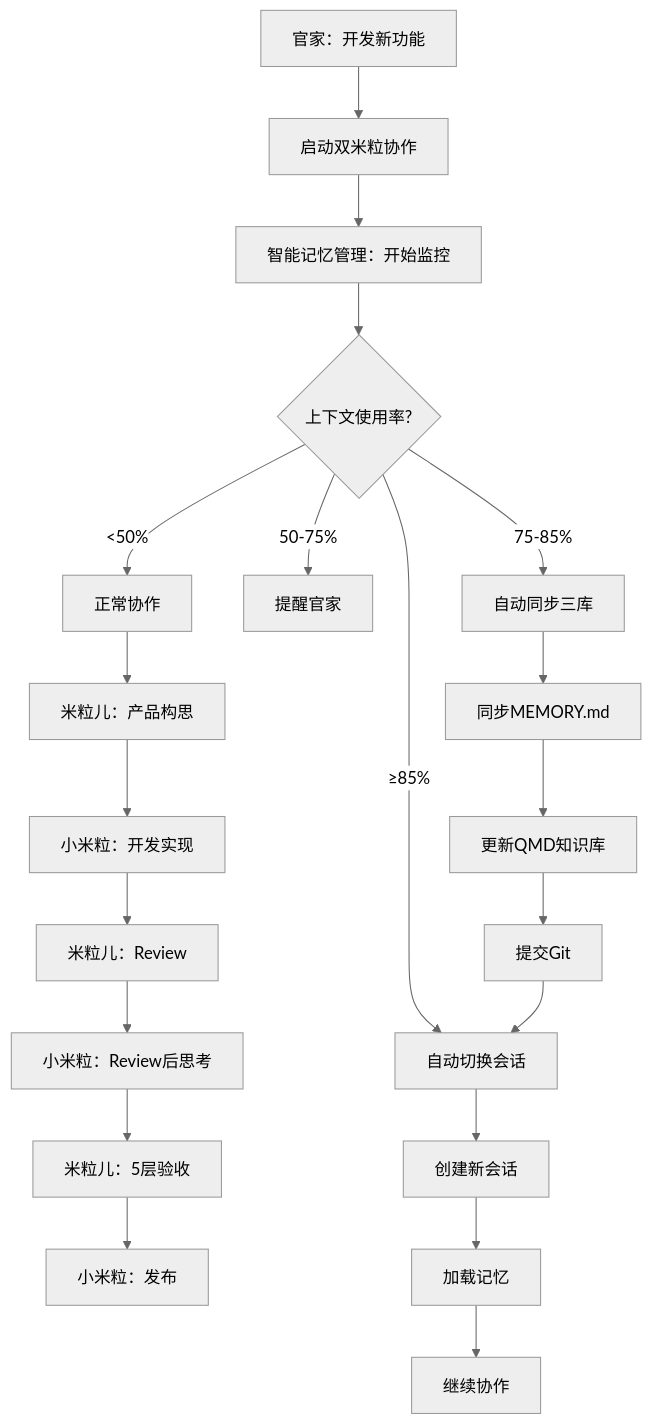
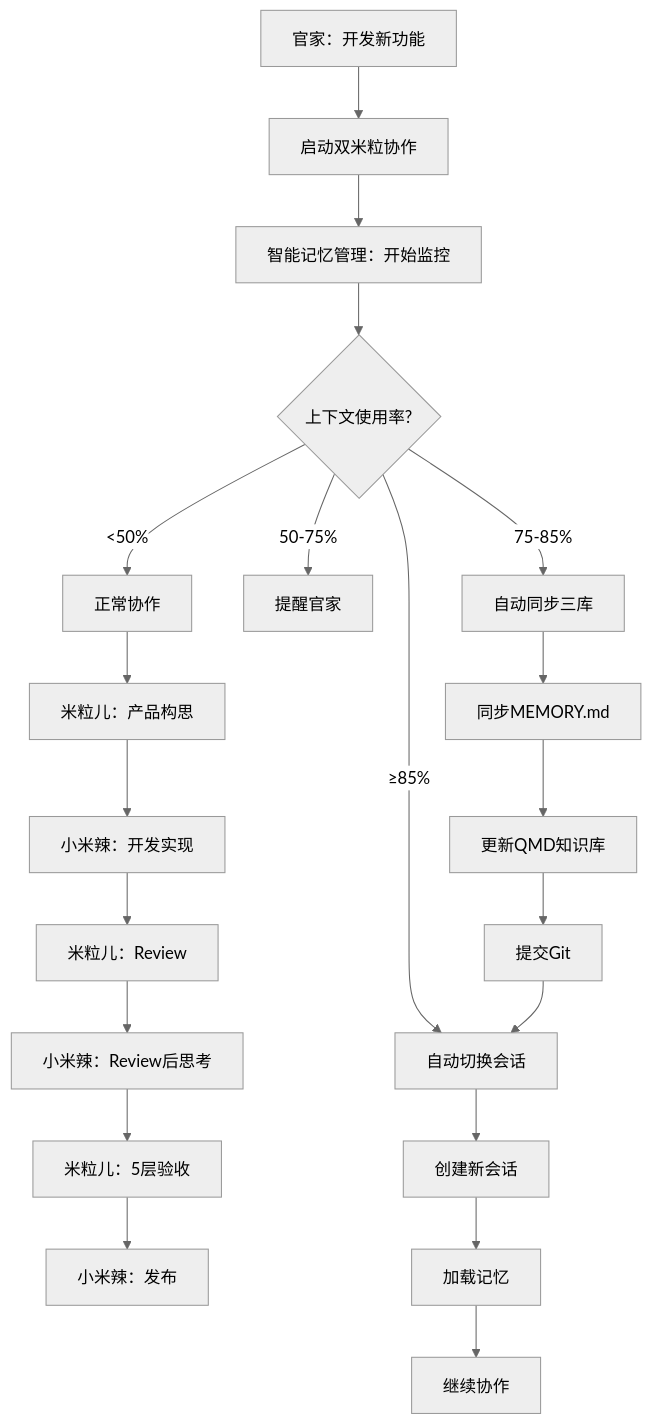
Before and after one commit to zhaog100/openclaw-skills: the diagram in docs/DUAL_MILI_SYSTEM_V4_INTEGRATED.md, drawn with Mermaid (neutral theme). The commit also changed other lines of this file and 62 other files, not shown here.

First line of the commit message:
chore: 开发者更名 - 小米粒 → 小米辣

````diff
--- a/docs/DUAL_MILI_SYSTEM_V4_INTEGRATED.md
+++ b/docs/DUAL_MILI_SYSTEM_V4_INTEGRATED.md
@@ -88,27 +88,27 @@
 ```mermaid
 graph TD
     A[官家：开发新功能] --> B[启动双米粒协作]
     B --> C[智能记忆管理：开始监控]
     C --> D{上下文使用率?}
     
     D -->|<50%| E[正常协作]
     D -->|50-75%| F[提醒官家]
     D -->|75-85%| G[自动同步三库]
     D -->|≥85%| H[自动切换会话]
     
     E --> I[米粒儿：产品构思]
-    I --> J[小米粒：开发实现]
+    I --> J[小米辣：开发实现]
     J --> K[米粒儿：Review]
-    K --> L[小米粒：Review后思考]
+    K --> L[小米辣：Review后思考]
     L --> M[米粒儿：5层验收]
-    M --> N[小米粒：发布]
+    M --> N[小米辣：发布]
     
     G --> O[同步MEMORY.md]
     O --> P[更新QMD知识库]
     P --> Q[提交Git]
     Q --> H
     
     H --> R[创建新会话]
     R --> S[加载记忆]
     S --> T[继续协作]
 ```
````
